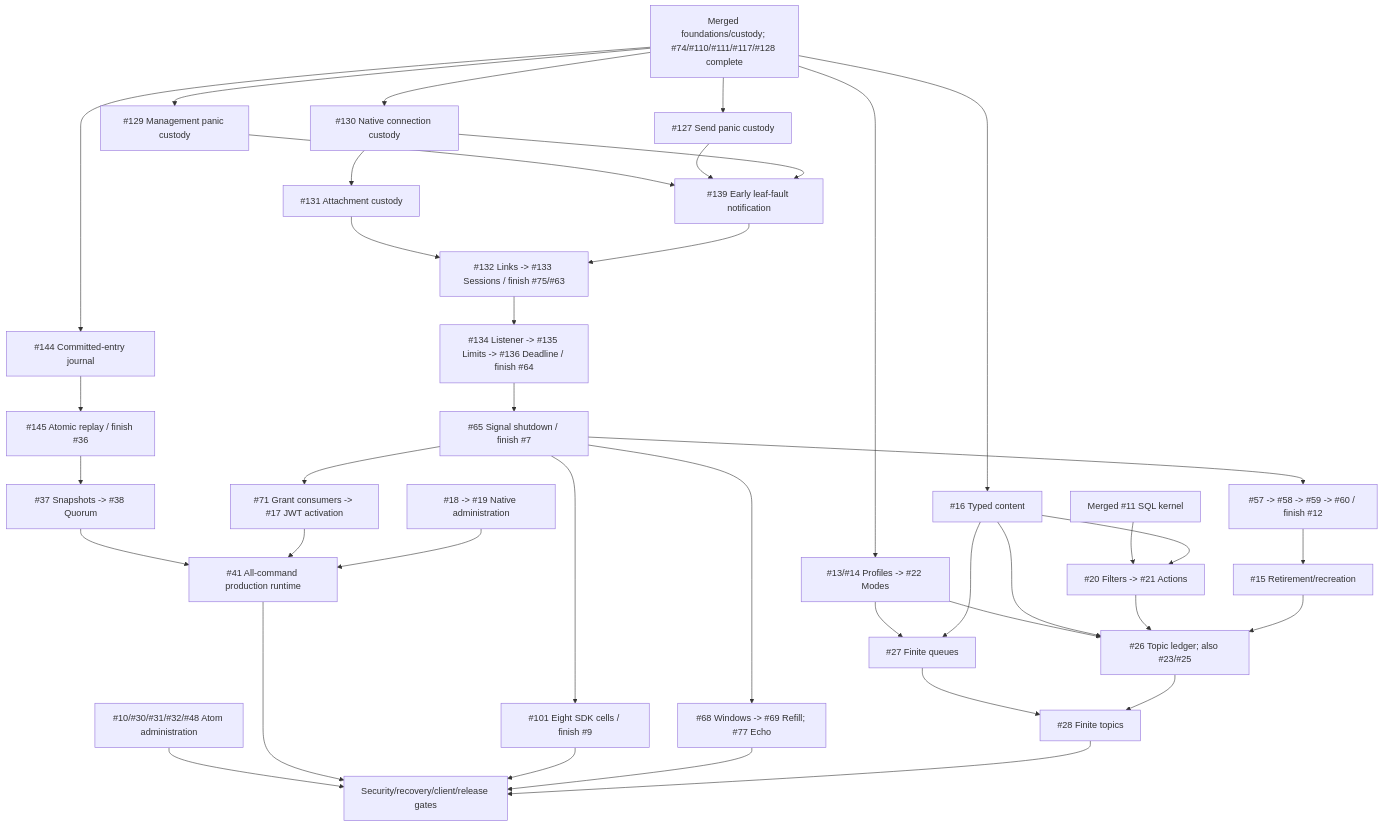
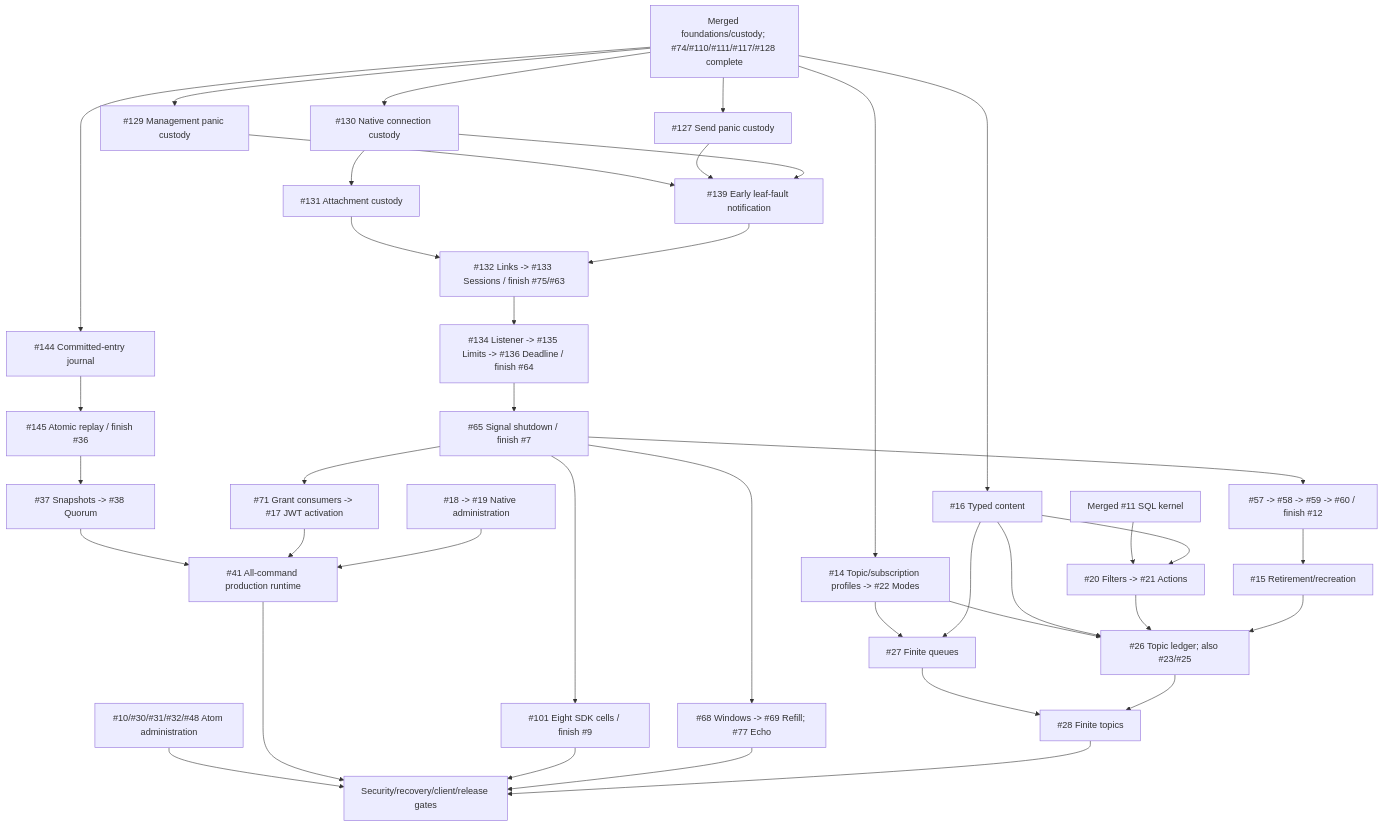
One commit to DeandreT/switchyard changed the diagram in docs/roadmap.md. Above: the diagram before and after it, drawn with Mermaid. The commit also changed other lines of this file and 6 other files, not shown here.

````diff
--- a/docs/roadmap.md
+++ b/docs/roadmap.md
@@ -63,42 +63,42 @@
 ```mermaid
 flowchart TD
     Main["Merged foundations/custody; #74/#110/#111/#117/#128 complete"] --> Send["#127 Send panic custody"]
     Main --> Leaves["#129 Management panic custody"]
     Main --> Native["#130 Native connection custody"]
     Native --> Attachments["#131 Attachment custody"]
     Leaves --> Fault["#139 Early leaf-fault notification"]
     Send --> Fault
     Native --> Fault
     Attachments --> Trees
     Fault --> Trees["#132 Links -> #133 Sessions / finish #75/#63"]
     Trees --> Admission["#134 Listener -> #135 Limits -> #136 Deadline / finish #64"]
     Admission --> Signals["#65 Signal shutdown / finish #7"]
     Signals --> Authority["#57 -> #58 -> #59 -> #60 / finish #12"]
     Authority --> Delete["#15 Retirement/recreation"]
     Signals --> Grants["#71 Grant consumers -> #17 JWT activation"]
     Signals --> Matrix["#101 Eight SDK cells / finish #9"]
     Signals --> Windows["#68 Windows -> #69 Refill; #77 Echo"]
-    Main --> Profiles["#13/#14 Profiles -> #22 Modes"]
+    Main --> Profiles["#14 Topic/subscription profiles -> #22 Modes"]
     Main --> Content["#16 Typed content"]
     Kernel["Merged #11 SQL kernel"] --> Rules["#20 Filters -> #21 Actions"]
     Content --> Rules
     Profiles --> Queue["#27 Finite queues"]
     Content --> Queue
     Profiles --> Ledger["#26 Topic ledger; also #23/#25"]
     Content --> Ledger
     Rules --> Ledger
     Delete --> Ledger
     Queue --> Topic["#28 Finite topics"]
     Ledger --> Topic
     Main --> Journal["#144 Committed-entry journal"]
     Journal --> Log["#145 Atomic replay / finish #36"]
     Log --> Snapshots["#37 Snapshots -> #38 Quorum"]
     Snapshots --> Runtime["#41 All-command production runtime"]
     Grants --> Runtime
     Admin["#18 -> #19 Native administration"] --> Runtime
     Atom["#10/#30/#31/#32/#48 Atom administration"] --> Gates
     Runtime --> Gates["Security/recovery/client/release gates"]
     Matrix --> Gates
     Windows --> Gates
     Topic --> Gates
 ```
````
